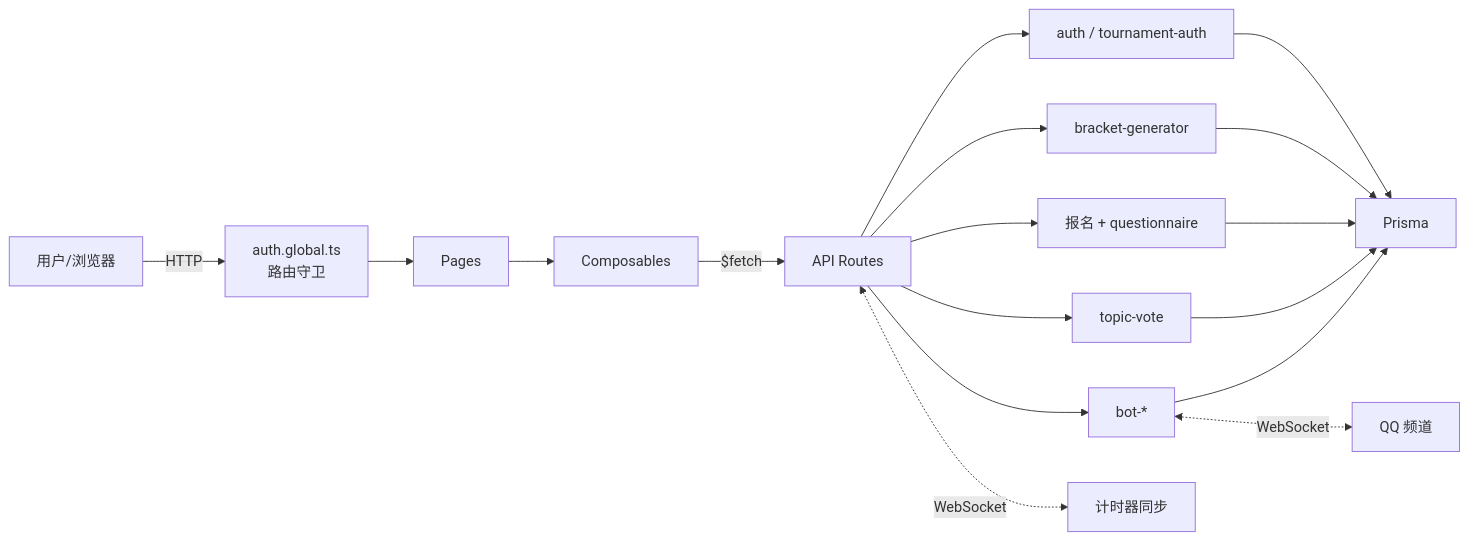
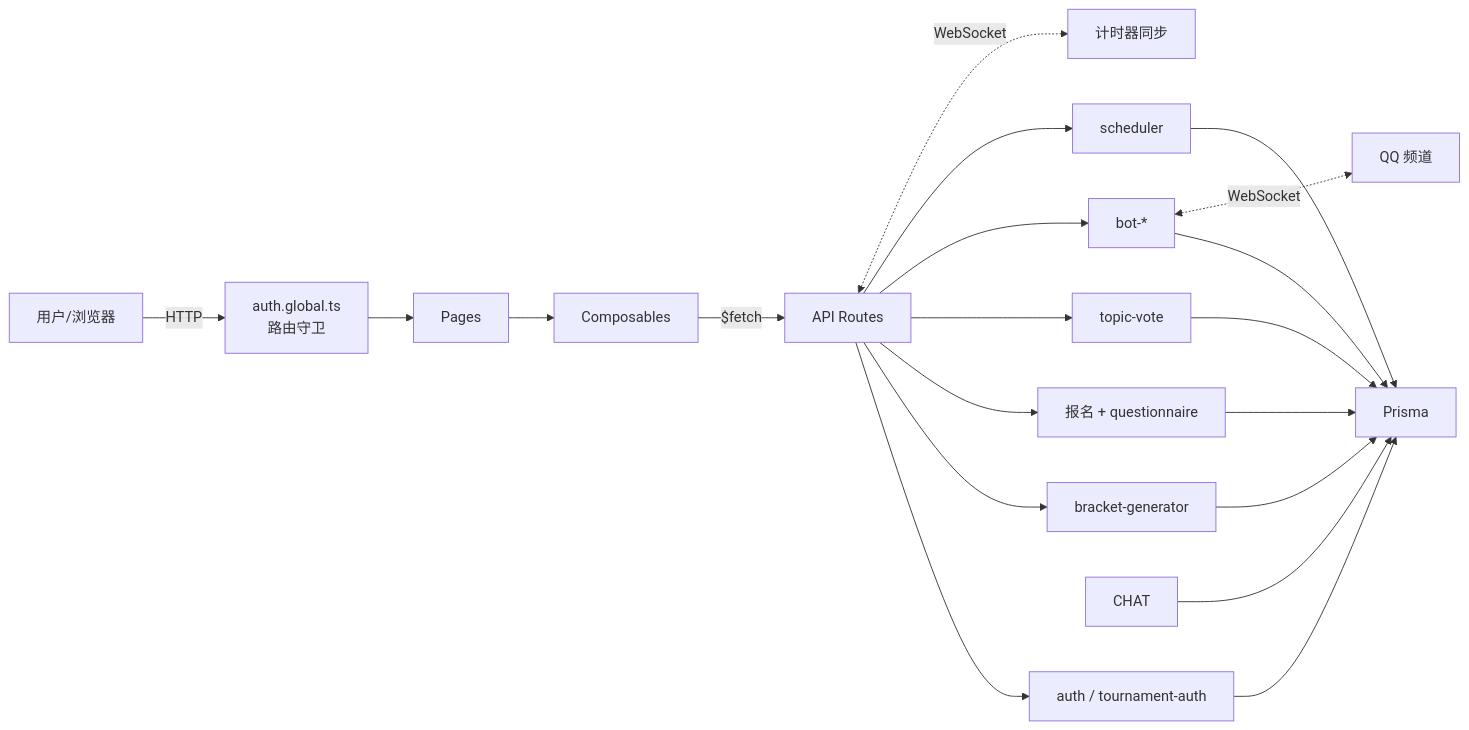
One commit to Sage-administrator/Debate-Realm changed the second of 5 diagrams in CODE_WIKI.md. Above: the diagram before and after it, drawn with Mermaid. The commit also changed other lines of this file and 158 other files, not shown here.

````diff
--- a/CODE_WIKI.md
+++ b/CODE_WIKI.md
@@ -140,22 +169,25 @@
 ```mermaid
 flowchart LR
   U[用户/浏览器] -->|HTTP| MW[auth.global.ts<br/>路由守卫]
   MW --> P[Pages]
   P --> CP[Composables]
   CP -->|"$fetch"| API[API Routes]
 
   API --> AUTH[auth / tournament-auth]
   API --> BR[bracket-generator]
   API --> REG[报名 + questionnaire]
   API --> TV[topic-vote]
   API --> BOT[bot-*]
+  API --> SCH[scheduler]
 
   AUTH --> PR[Prisma]
   BR --> PR
   REG --> PR
   TV --> PR
   BOT --> PR
+  CHAT --> PR
+  SCH --> PR
 
   BOT <-.->|WebSocket| QQ[QQ 频道]
   API <-.->|WebSocket| WS[计时器同步]
 ```
````
